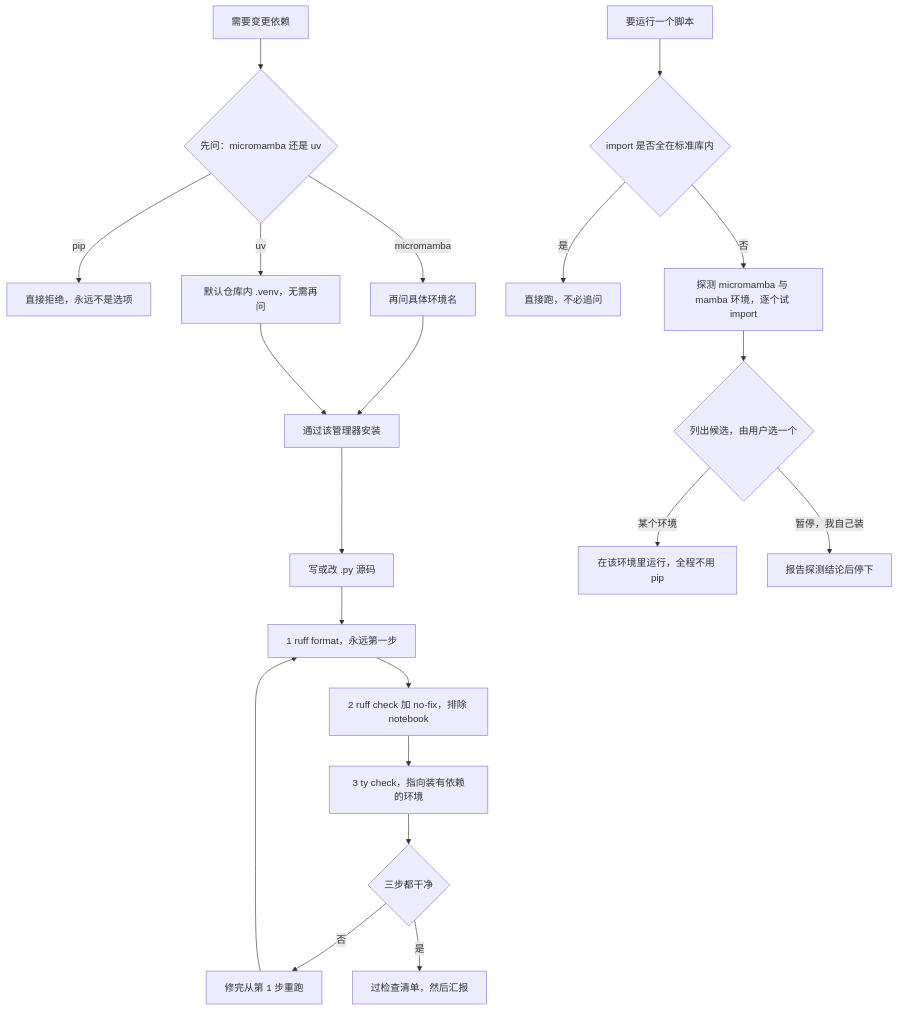
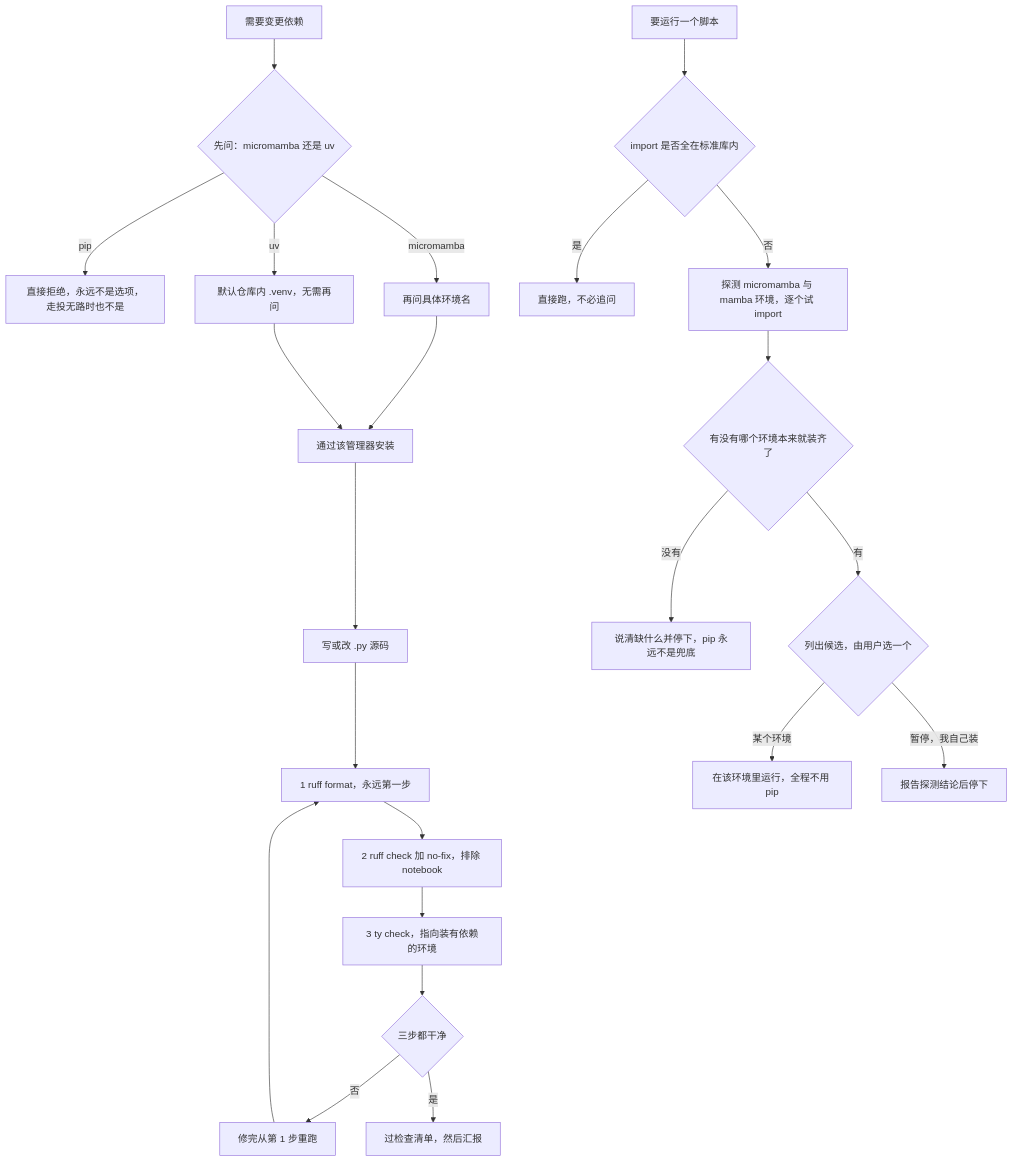
Before and after one commit to HHSTU-IST/skills: the second of 10 diagrams in README.zh.md, drawn with Mermaid. The commit also changed other lines of this file and 3 other files, not shown here.

````diff
--- a/README.zh.md
+++ b/README.zh.md
@@ -302,24 +302,26 @@
 ```mermaid
 flowchart TD
     A["需要变更依赖"] --> B{"先问：micromamba 还是 uv"}
-    B -->|pip| X["直接拒绝，永远不是选项"]
+    B -->|pip| X["直接拒绝，永远不是选项，走投无路时也不是"]
     B -->|micromamba| C["再问具体环境名"]
     B -->|uv| D["默认仓库内 .venv，无需再问"]
     C --> E["通过该管理器安装"]
     D --> E
     E --> W["写或改 .py 源码"]
     W --> G["1 ruff format，永远第一步"]
     G --> H["2 ruff check 加 no-fix，排除 notebook"]
     H --> I["3 ty check，指向装有依赖的环境"]
     I --> J{"三步都干净"}
     J -->|否| K["修完从第 1 步重跑"]
     K --> G
     J -->|是| L["过检查清单，然后汇报"]
 
     R["要运行一个脚本"] --> S{"import 是否全在标准库内"}
     S -->|是| T["直接跑，不必追问"]
     S -->|否| U["探测 micromamba 与 mamba 环境，逐个试 import"]
-    U --> V{"列出候选，由用户选一个"}
+    U --> M{"有没有哪个环境本来就装齐了"}
+    M -->|没有| N["说清缺什么并停下，pip 永远不是兜底"]
+    M -->|有| V{"列出候选，由用户选一个"}
     V -->|某个环境| Y["在该环境里运行，全程不用 pip"]
     V -->|暂停，我自己装| Z["报告探测结论后停下"]
 ```
````
